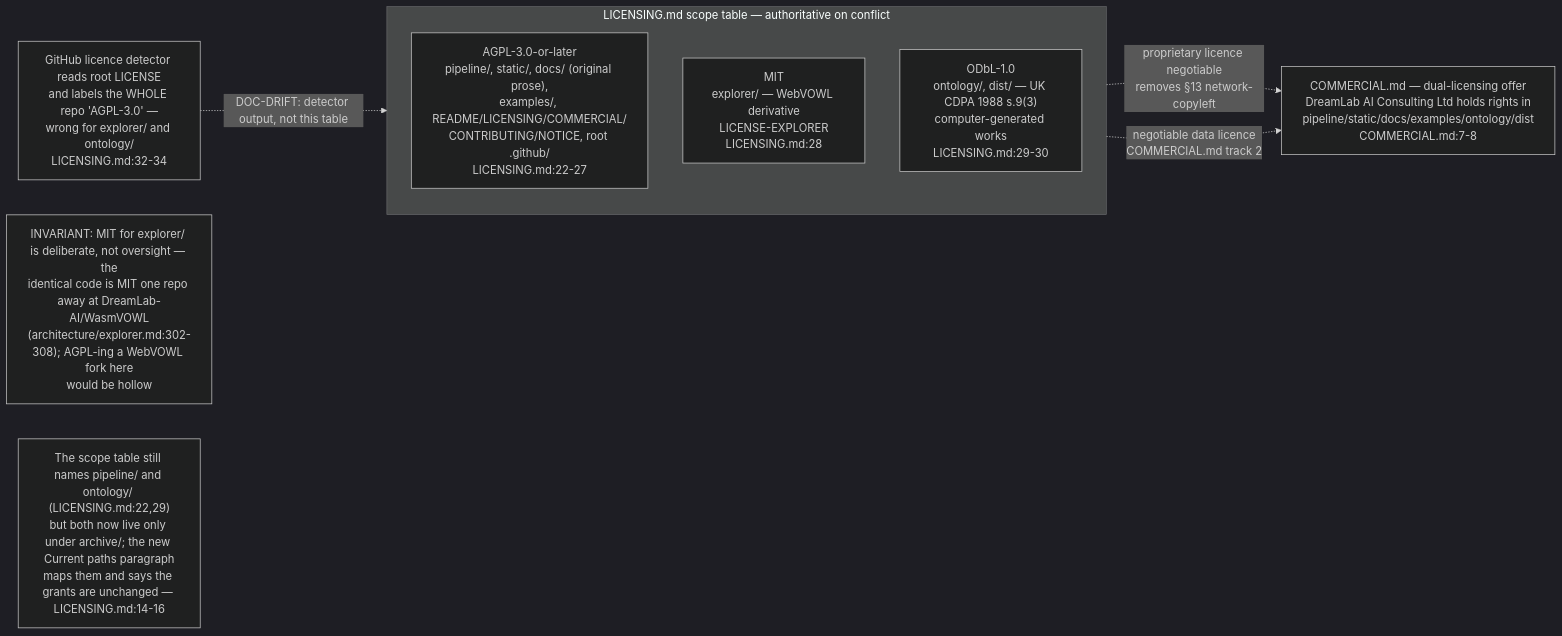
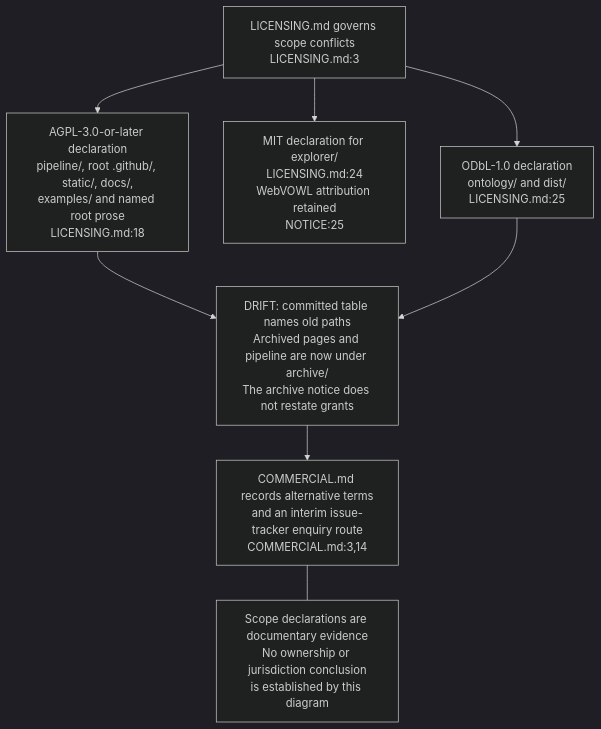
Before and after one commit to DreamLab-AI/VisionFlow: the second of 2 diagrams in docs/diagrams/knowledgegraph/01-repo-composition-and-licensing.md, drawn with Mermaid (dark theme). The commit also changed other lines of this file and 18 other files, not shown here.

````diff
--- a/docs/diagrams/knowledgegraph/01-repo-composition-and-licensing.md
+++ b/docs/diagrams/knowledgegraph/01-repo-composition-and-licensing.md
@@ -45,16 +54,18 @@
 ```mermaid
-flowchart LR
-    subgraph SCOPE["LICENSING.md scope table — authoritative on conflict"]
-        direction TB
-        AGPL["AGPL-3.0-or-later<br/>pipeline/, static/, docs/ (original prose),<br/>examples/, README/LICENSING/COMMERCIAL/<br/>CONTRIBUTING/NOTICE, root .github/<br/>LICENSING.md:22-27"]
-        MIT["MIT<br/>explorer/ — WebVOWL derivative<br/>LICENSE-EXPLORER<br/>LICENSING.md:28"]
-        ODBL["ODbL-1.0<br/>ontology/, dist/ — UK CDPA 1988 s.9(3)<br/>computer-generated works<br/>LICENSING.md:29-30"]
-    end
-    GHDETECT["GitHub licence detector reads root LICENSE<br/>and labels the WHOLE repo 'AGPL-3.0' —<br/>wrong for explorer/ and ontology/<br/>LICENSING.md:32-34"]
-    GHDETECT -.->|"DOC-DRIFT: detector output, not this table"| SCOPE
-    COMM["COMMERCIAL.md — dual-licensing offer<br/>DreamLab AI Consulting Ltd holds rights in<br/>pipeline/static/docs/examples/ontology/dist<br/>COMMERCIAL.md:7-8"]
-    AGPL -.->|"proprietary licence negotiable<br/>removes §13 network-copyleft"| COMM
-    ODBL -.->|"negotiable data licence<br/>COMMERCIAL.md track 2"| COMM
-    note1["INVARIANT: MIT for explorer/ is deliberate, not oversight — the<br/>identical code is MIT one repo away at DreamLab-AI/WasmVOWL<br/>(architecture/explorer.md:302-308); AGPL-ing a WebVOWL fork here<br/>would be hollow"]
-    note2["The scope table still names pipeline/ and ontology/ (LICENSING.md:22,29)<br/>but both now live only under archive/; the new Current paths paragraph<br/>maps them and says the grants are unchanged — LICENSING.md:14-16"]
+flowchart TB
+    SCOPE["LICENSING.md governs scope conflicts<br/>LICENSING.md:3"]
+    AGPL["AGPL-3.0-or-later declaration<br/>pipeline/, root .github/, static/, docs/,<br/>examples/ and named root prose<br/>LICENSING.md:18"]
+    MIT["MIT declaration for explorer/<br/>LICENSING.md:24<br/>WebVOWL attribution retained<br/>NOTICE:25"]
+    DATA["ODbL-1.0 declaration<br/>ontology/ and dist/<br/>LICENSING.md:25"]
+    GAP["DRIFT: committed table names old paths<br/>Archived pages and pipeline are now under archive/<br/>The archive notice does not restate grants"]
+    %% knowledgeGraph/archive/logseq-era-2026-09-22/README.md:1
+    OFFER["COMMERCIAL.md records alternative terms<br/>and an interim issue-tracker enquiry route<br/>COMMERCIAL.md:3,14"]
+    SCOPE --> AGPL
+    SCOPE --> MIT
+    SCOPE --> DATA
+    AGPL --> GAP
+    DATA --> GAP
+    GAP --> OFFER
+    LIMIT["Scope declarations are documentary evidence<br/>No ownership or jurisdiction conclusion<br/>is established by this diagram"]
+    OFFER --- LIMIT
 ```
````
